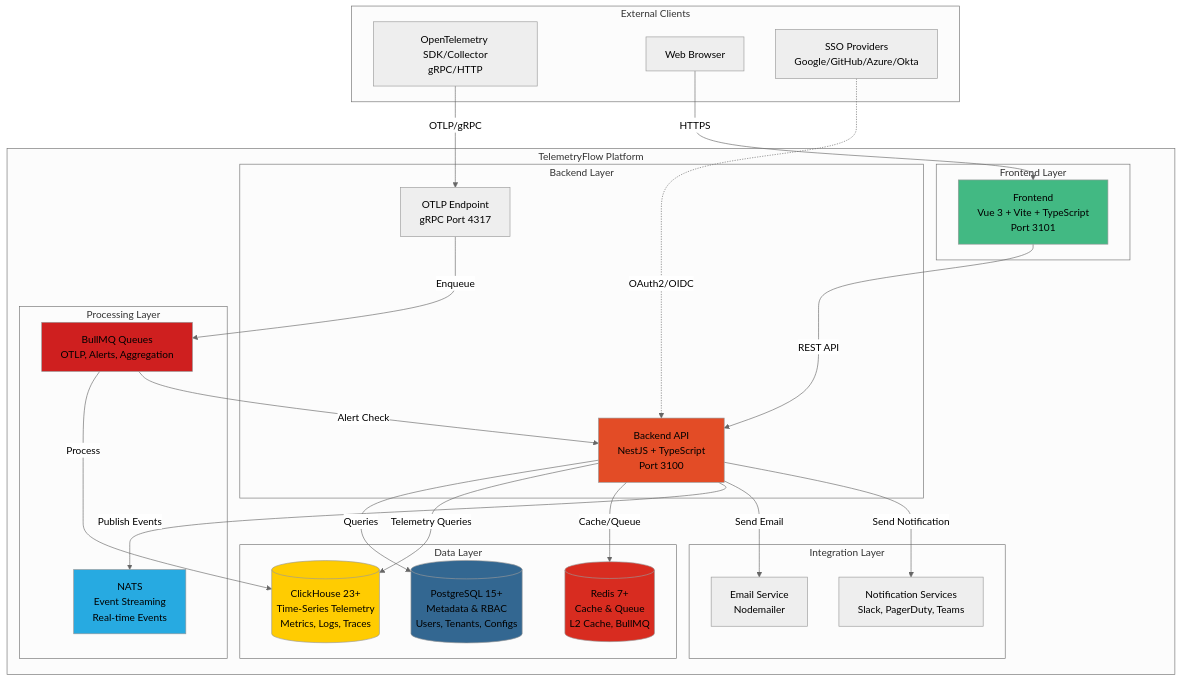
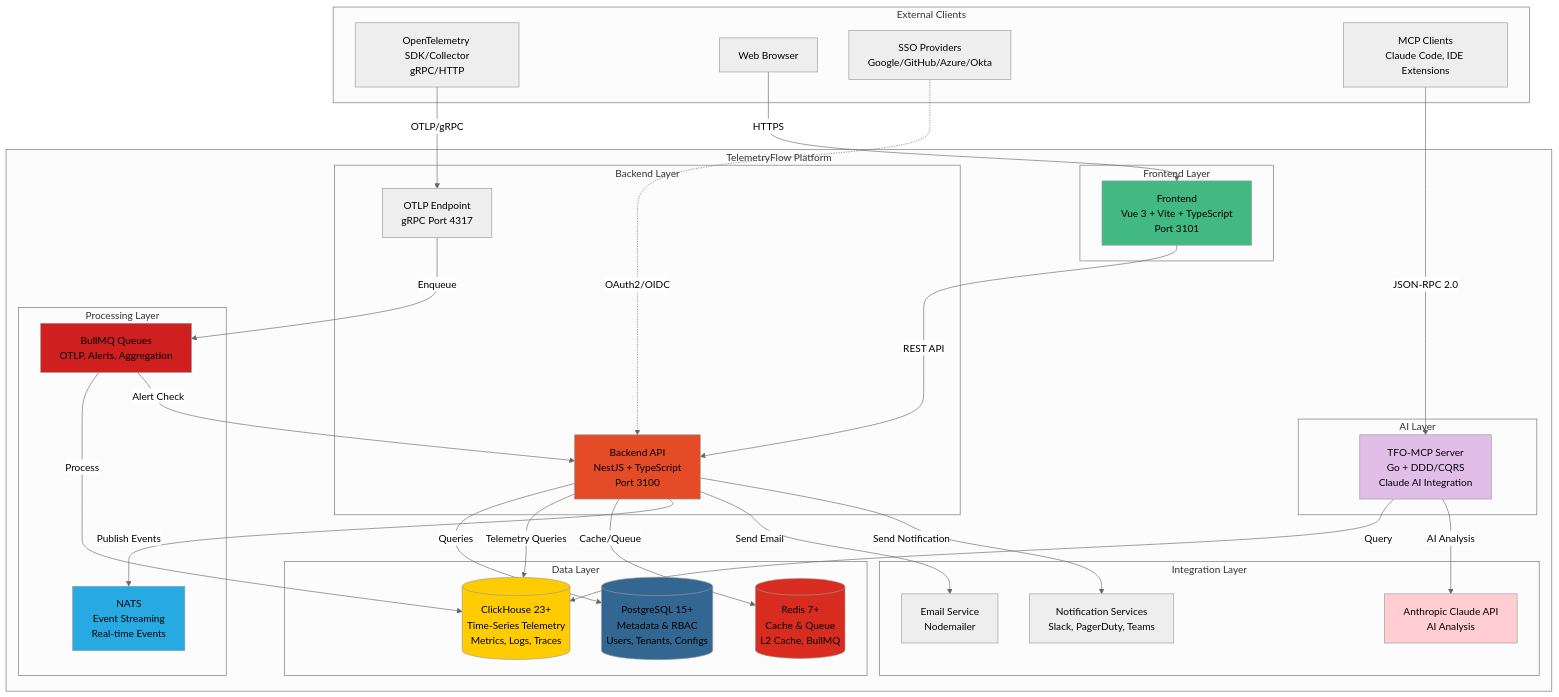
One commit to telemetryflow/telemetryflow-overview changed the fifth of 8 diagrams in README.md. Above: the diagram before and after it, drawn with Mermaid (neutral theme). The commit also changed other lines of this file and 17 other files, not shown here.

Commit message:
feat: Add feature TFO-MCP

````diff
--- a/README.md
+++ b/README.md
@@ -463,60 +537,71 @@
 ```mermaid
 graph TB
     subgraph "External Clients"
         OTEL[OpenTelemetry SDK/Collector<br/>gRPC/HTTP]
         BROWSER[Web Browser]
         SSO[SSO Providers<br/>Google/GitHub/Azure/Okta]
+        MCP_CLIENT[MCP Clients<br/>Claude Code, IDE Extensions]
     end
 
     subgraph "TelemetryFlow Platform"
         subgraph "Frontend Layer"
             FE[Frontend<br/>Vue 3 + Vite + TypeScript<br/>Port 3101]
         end
 
         subgraph "Backend Layer"
             API[Backend API<br/>NestJS + TypeScript<br/>Port 3100]
             OTLP_EP[OTLP Endpoint<br/>gRPC Port 4317]
+        end
+
+        subgraph "AI Layer"
+            MCP[TFO-MCP Server<br/>Go + DDD/CQRS<br/>Claude AI Integration]
         end
 
         subgraph "Data Layer"
             PG[(PostgreSQL 15+<br/>Metadata & RBAC<br/>Users, Tenants, Configs)]
             CH[(ClickHouse 23+<br/>Time-Series Telemetry<br/>Metrics, Logs, Traces)]
             REDIS[(Redis 7+<br/>Cache & Queue<br/>L2 Cache, BullMQ)]
         end
 
         subgraph "Processing Layer"
             QUEUE[BullMQ Queues<br/>OTLP, Alerts, Aggregation]
             NATS[NATS<br/>Event Streaming<br/>Real-time Events]
         end
 
         subgraph "Integration Layer"
             EMAIL[Email Service<br/>Nodemailer]
             NOTIF[Notification Services<br/>Slack, PagerDuty, Teams]
+            CLAUDE[Anthropic Claude API<br/>AI Analysis]
         end
     end
 
     BROWSER -->|HTTPS| FE
     FE -->|REST API| API
     OTEL -->|OTLP/gRPC| OTLP_EP
     SSO -.->|OAuth2/OIDC| API
+    MCP_CLIENT -->|JSON-RPC 2.0| MCP
 
     API -->|Queries| PG
     API -->|Telemetry Queries| CH
     API -->|Cache/Queue| REDIS
     OTLP_EP -->|Enqueue| QUEUE
+    MCP -->|Query| CH
+    MCP -->|AI Analysis| CLAUDE
 
     QUEUE -->|Process| CH
     QUEUE -->|Alert Check| API
     API -->|Publish Events| NATS
 
     API -->|Send Email| EMAIL
     API -->|Send Notification| NOTIF
 
     style FE fill:#42b983
     style API fill:#e34c26
+    style MCP fill:#E1BEE7
     style PG fill:#336791
     style CH fill:#ffcc01
     style REDIS fill:#d82c20
     style QUEUE fill:#cf1f1f
     style NATS fill:#27aae1
+    style CLAUDE fill:#FFCDD2
 ```
````
